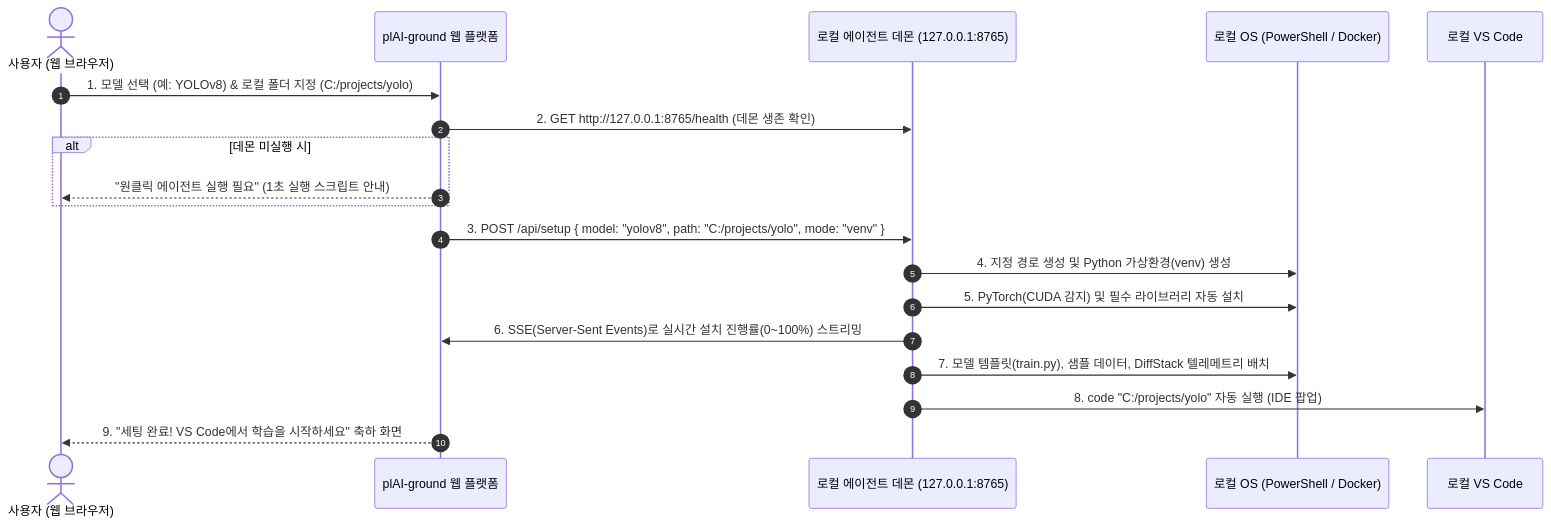
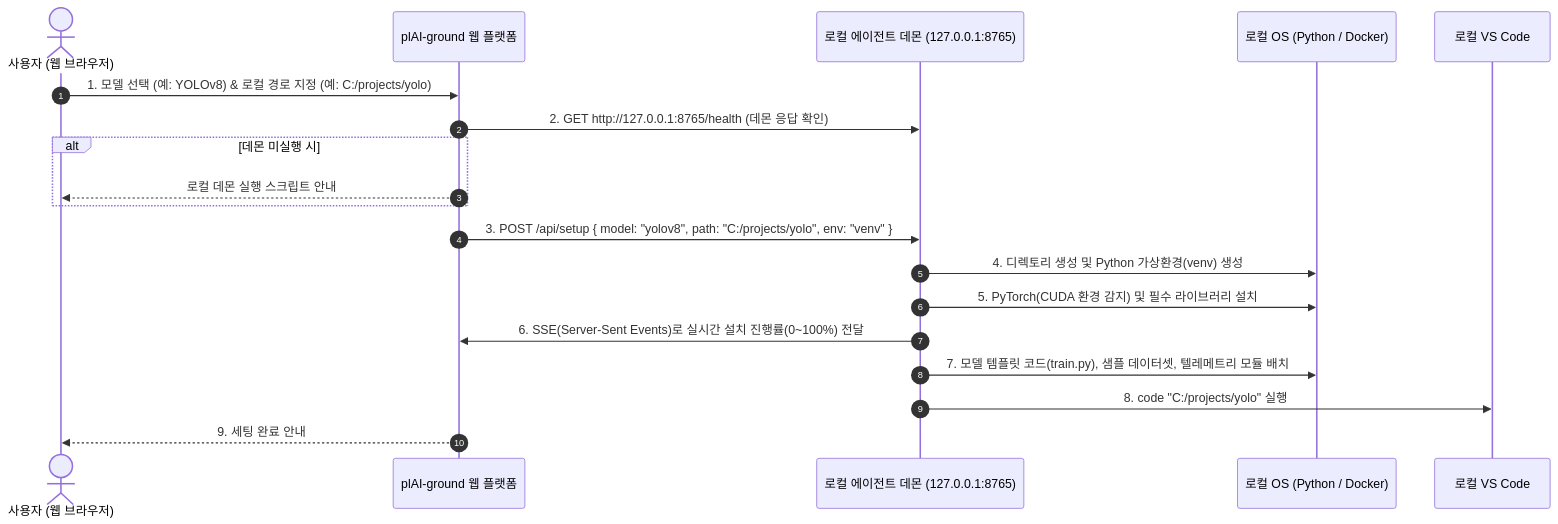
One commit to menotis/plaiground changed the diagram in startup_upgrade/02_ONE_CLICK_SETUP_STRATEGY.md. Above: the diagram before and after it, drawn with Mermaid. The commit also changed other lines of this file and 2 other files, not shown here.

Commit message:
fix(docs): refine business model and setup strategies based on factual review

````diff
--- a/startup_upgrade/02_ONE_CLICK_SETUP_STRATEGY.md
+++ b/startup_upgrade/02_ONE_CLICK_SETUP_STRATEGY.md
@@ -56,22 +57,22 @@
 ```mermaid
 sequenceDiagram
     autonumber
     actor User as 사용자 (웹 브라우저)
     participant Web as plAI-ground 웹 플랫폼
     participant Daemon as 로컬 에이전트 데몬 (127.0.0.1:8765)
-    participant OS as 로컬 OS (PowerShell / Docker)
+    participant OS as 로컬 OS (Python / Docker)
     participant VSCode as 로컬 VS Code
 
-    User->>Web: 1. 모델 선택 (예: YOLOv8) & 로컬 폴더 지정 (C:/projects/yolo)
-    Web->>Daemon: 2. GET http://127.0.0.1:8765/health (데몬 생존 확인)
+    User->>Web: 1. 모델 선택 (예: YOLOv8) & 로컬 경로 지정 (예: C:/projects/yolo)
+    Web->>Daemon: 2. GET http://127.0.0.1:8765/health (데몬 응답 확인)
     alt 데몬 미실행 시
-        Web-->>User: "원클릭 에이전트 실행 필요" (1초 실행 스크립트 안내)
+        Web-->>User: 로컬 데몬 실행 스크립트 안내
     end
-    Web->>Daemon: 3. POST /api/setup { model: "yolov8", path: "C:/projects/yolo", mode: "venv" }
-    Daemon->>OS: 4. 지정 경로 생성 및 Python 가상환경(venv) 생성
-    Daemon->>OS: 5. PyTorch(CUDA 감지) 및 필수 라이브러리 자동 설치
-    Daemon->>Web: 6. SSE(Server-Sent Events)로 실시간 설치 진행률(0~100%) 스트리밍
-    Daemon->>OS: 7. 모델 템플릿(train.py), 샘플 데이터, DiffStack 텔레메트리 배치
-    Daemon->>VSCode: 8. code "C:/projects/yolo" 자동 실행 (IDE 팝업)
-    Web-->>User: 9. "세팅 완료! VS Code에서 학습을 시작하세요" 축하 화면
+    Web->>Daemon: 3. POST /api/setup { model: "yolov8", path: "C:/projects/yolo", env: "venv" }
+    Daemon->>OS: 4. 디렉토리 생성 및 Python 가상환경(venv) 생성
+    Daemon->>OS: 5. PyTorch(CUDA 환경 감지) 및 필수 라이브러리 설치
+    Daemon->>Web: 6. SSE(Server-Sent Events)로 실시간 설치 진행률(0~100%) 전달
+    Daemon->>OS: 7. 모델 템플릿 코드(train.py), 샘플 데이터셋, 텔레메트리 모듈 배치
+    Daemon->>VSCode: 8. code "C:/projects/yolo" 실행
+    Web-->>User: 9. 세팅 완료 안내
 ```
````
